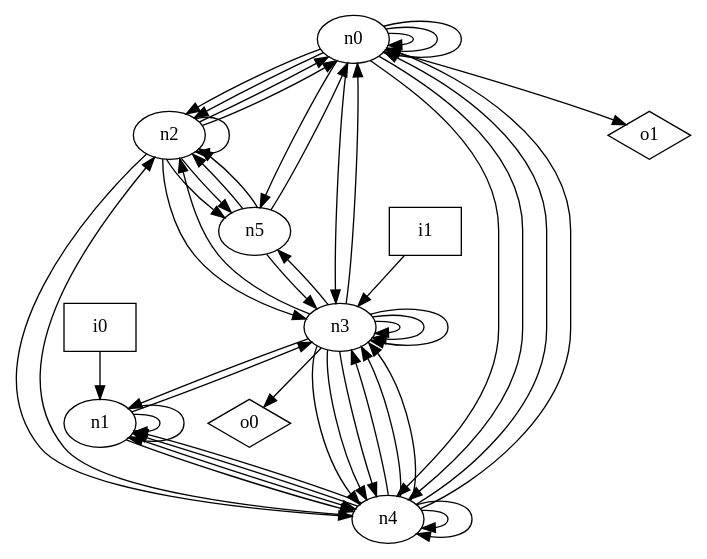
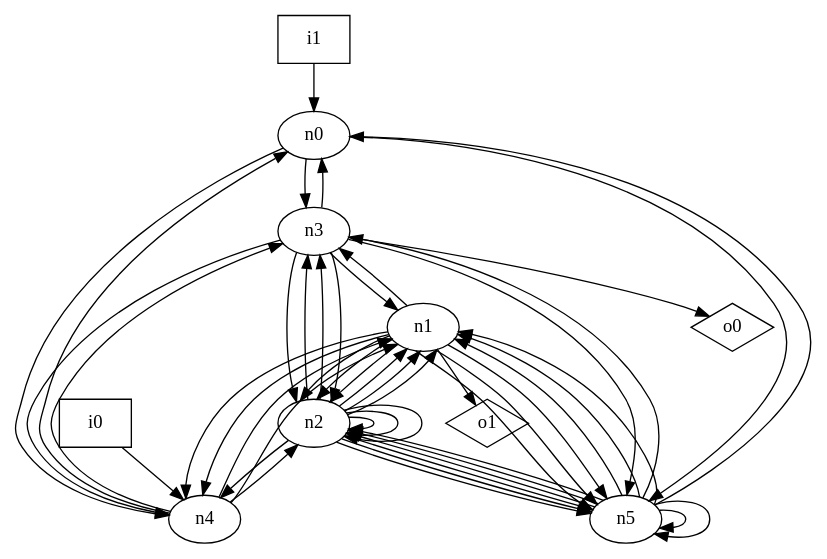
One commit to p9romain/bool-circuits changed the diagram in dot_files/random/random_undirected_graph.dot. Above: the diagram before and after it, drawn with Graphviz. The commit also changed 28 other files, not shown here.

```diff
--- a/dot_files/random/random_undirected_graph.dot
+++ b/dot_files/random/random_undirected_graph.dot
@@ -1,61 +1,61 @@
 digraph G {
 n0 [label="n0"];
 n1 [label="n1"];
 n2 [label="n2"];
 n3 [label="n3"];
 n4 [label="n4"];
 n5 [label="n5"];
 n6 [label="i0",shape="box"];
 n7 [label="i1",shape="box"];
 n8 [label="o0",shape="diamond"];
 n9 [label="o1",shape="diamond"];
-n0 -> n0
-n0 -> n0
-n0 -> n0
-n0 -> n2
-n0 -> n2
 n0 -> n3
 n0 -> n4
-n0 -> n4
 n0 -> n5
-n0 -> n9
-n1 -> n1
-n1 -> n1
+n1 -> n2
+n1 -> n2
+n1 -> n2
 n1 -> n3
 n1 -> n4
 n1 -> n4
-n2 -> n0
-n2 -> n0
+n1 -> n5
+n1 -> n5
+n1 -> n5
+n1 -> n9
+n2 -> n1
+n2 -> n1
+n2 -> n1
+n2 -> n2
+n2 -> n2
 n2 -> n2
 n2 -> n3
+n2 -> n3
 n2 -> n4
+n2 -> n5
 n2 -> n5
 n2 -> n5
 n3 -> n0
 n3 -> n1
 n3 -> n2
-n3 -> n3
-n3 -> n3
-n3 -> n3
-n3 -> n4
-n3 -> n4
+n3 -> n2
 n3 -> n4
 n3 -> n5
 n3 -> n8
-n4 -> n0
 n4 -> n0
 n4 -> n1
 n4 -> n1
 n4 -> n2
 n4 -> n3
-n4 -> n3
-n4 -> n3
-n4 -> n4
-n4 -> n4
 n5 -> n0
+n5 -> n1
+n5 -> n1
+n5 -> n1
+n5 -> n2
 n5 -> n2
 n5 -> n2
 n5 -> n3
-n6 -> n1
-n7 -> n3
+n5 -> n5
+n5 -> n5
+n6 -> n4
+n7 -> n0
 }
```
